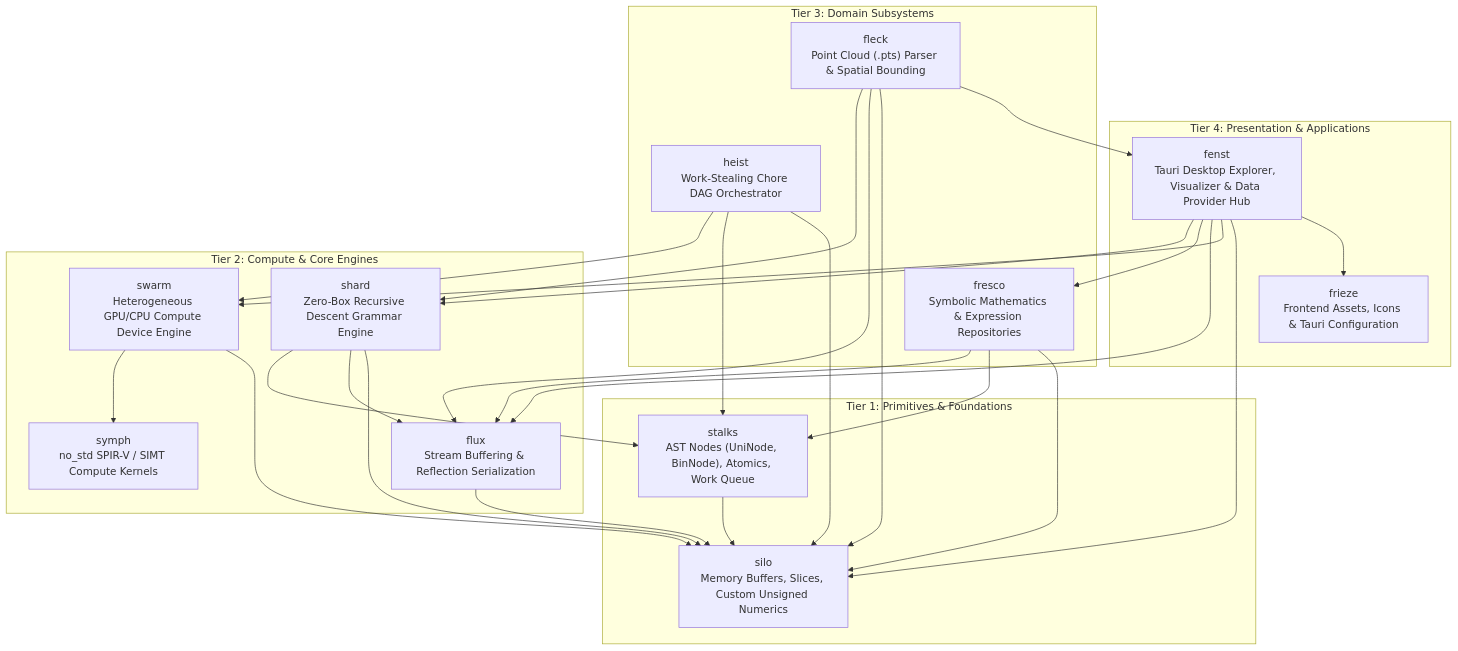
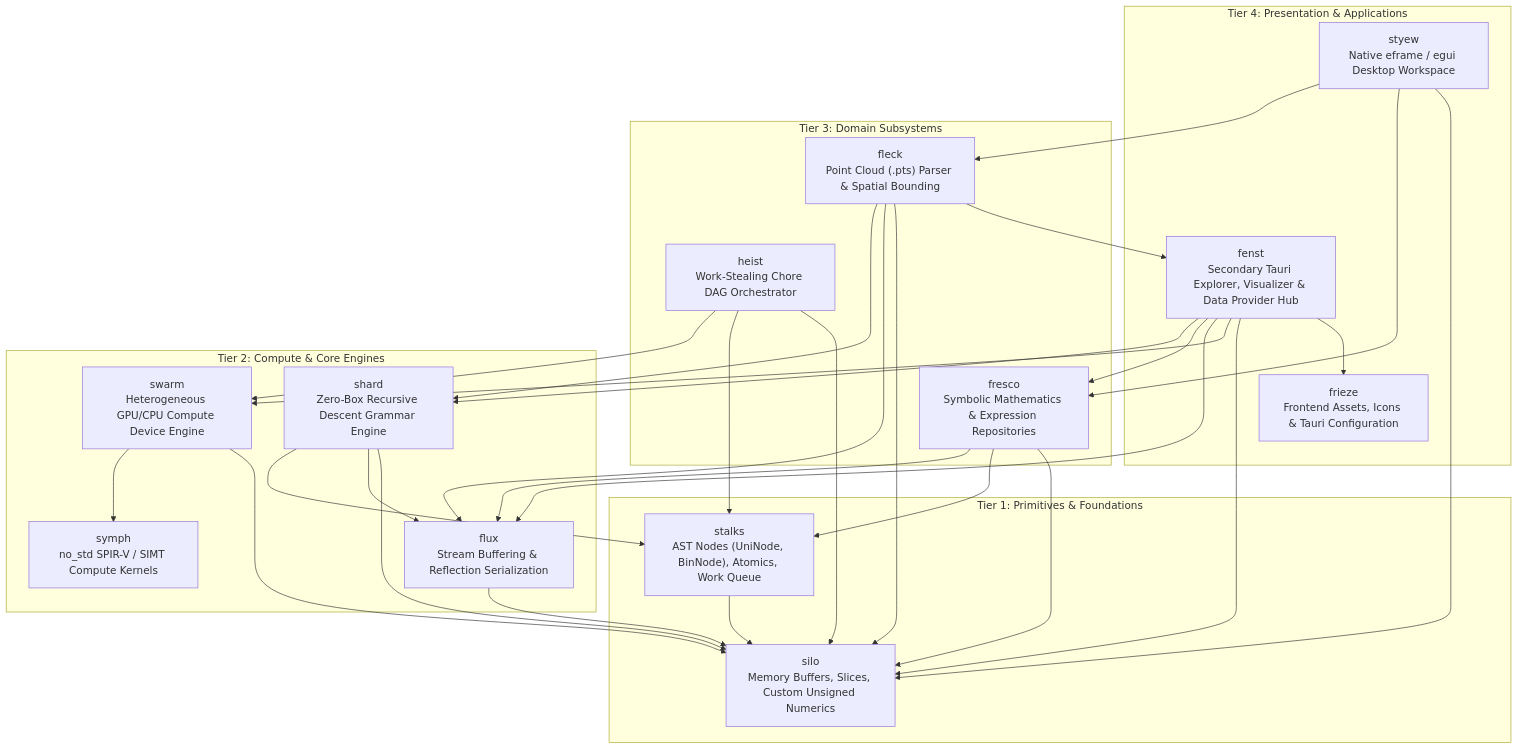
Before and after one commit to jswarup/Kosh: the first of 2 diagrams in wiki/Architecture.md, drawn with Mermaid. The commit also changed other lines of this file and 17 other files, not shown here.

````diff
--- a/wiki/Architecture.md
+++ b/wiki/Architecture.md
@@ -17,55 +17,59 @@
 ```mermaid
 graph TD
     subgraph Layer4 ["Tier 4: Presentation & Applications"]
-        Fenst["fenst<br/>Tauri Desktop Explorer, Visualizer & Data Provider Hub"]
+        Styew["styew<br/>Native eframe / egui Desktop Workspace"]
+        Fenst["fenst<br/>Secondary Tauri Explorer, Visualizer & Data Provider Hub"]
         Frieze["frieze<br/>Frontend Assets, Icons & Tauri Configuration"]
     end
 
     subgraph Layer3 ["Tier 3: Domain Subsystems"]
         Fleck["fleck<br/>Point Cloud (.pts) Parser & Spatial Bounding"]
         Fresco["fresco<br/>Symbolic Mathematics & Expression Repositories"]
         Heist["heist<br/>Work-Stealing Chore DAG Orchestrator"]
     end
 
     subgraph Layer2 ["Tier 2: Compute & Core Engines"]
         Swarm["swarm<br/>Heterogeneous GPU/CPU Compute Device Engine"]
         Symph["symph<br/>no_std SPIR-V / SIMT Compute Kernels"]
         Shard["shard<br/>Zero-Box Recursive Descent Grammar Engine"]
         Flux["flux<br/>Stream Buffering & Reflection Serialization"]
     end
 
     subgraph Layer1 ["Tier 1: Primitives & Foundations"]
         Stalks["stalks<br/>AST Nodes (UniNode, BinNode), Atomics, Work Queue"]
         Silo["silo<br/>Memory Buffers, Slices, Custom Unsigned Numerics"]
     end
 
+    Styew --> Fleck
+    Styew --> Fresco
+    Styew --> Silo
     Fenst --> Shard
     Fenst --> Fresco
     Fenst --> Flux
     Fenst --> Swarm
     Fenst --> Silo
     Fenst --> Frieze
 
     Fleck --> Shard
     Fleck --> Flux
     Fleck --> Silo
     Fleck --> Fenst
 
     Fresco --> Flux
     Fresco --> Stalks
     Fresco --> Silo
 
     Heist --> Swarm
     Heist --> Stalks
     Heist --> Silo
 
     Swarm --> Symph
     Swarm --> Silo
 
     Shard --> Stalks
     Shard --> Flux
     Shard --> Silo
 
     Flux --> Silo
     Stalks --> Silo
 ```
````
